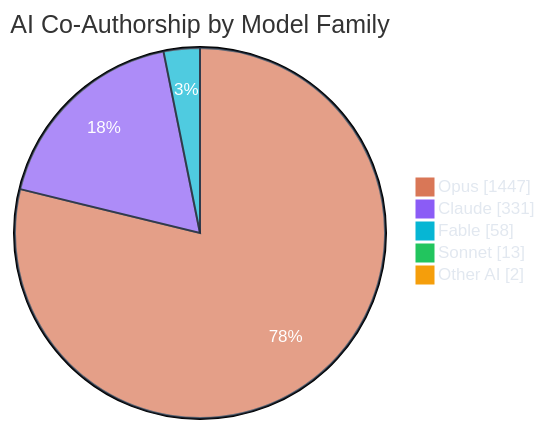
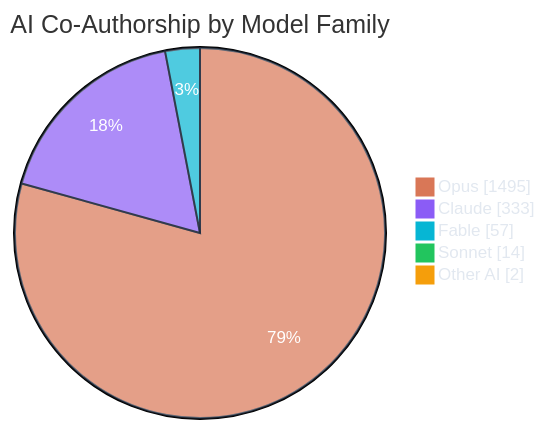
Before and after one commit to polo-nyan/polo-nyan: the third of 7 diagrams in README.md, drawn with Mermaid. The commit also changed other lines of this file and 1 other file, not shown here.

````diff
--- a/README.md
+++ b/README.md
@@ -279,10 +279,10 @@
 ```mermaid
 %%{init: {"theme": "base", "themeVariables": { "pie1": "#d97757", "pie2": "#8b5cf6", "pie3": "#06b6d4", "pie4": "#22c55e", "pie5": "#f59e0b", "pie6": "#ec4899", "pieTextColor": "#ffffff", "pieLegendTextColor": "#e2e8f0", "pieSectionTextColor": "#ffffff", "pieStrokeColor": "#1e293b" }}}%%
 pie showData
     title AI Co-Authorship by Model Family
-    "Opus" : 1447
-    "Claude" : 331
-    "Fable" : 58
-    "Sonnet" : 13
+    "Opus" : 1495
+    "Claude" : 333
+    "Fable" : 57
+    "Sonnet" : 14
     "Other AI" : 2
 ```
````
